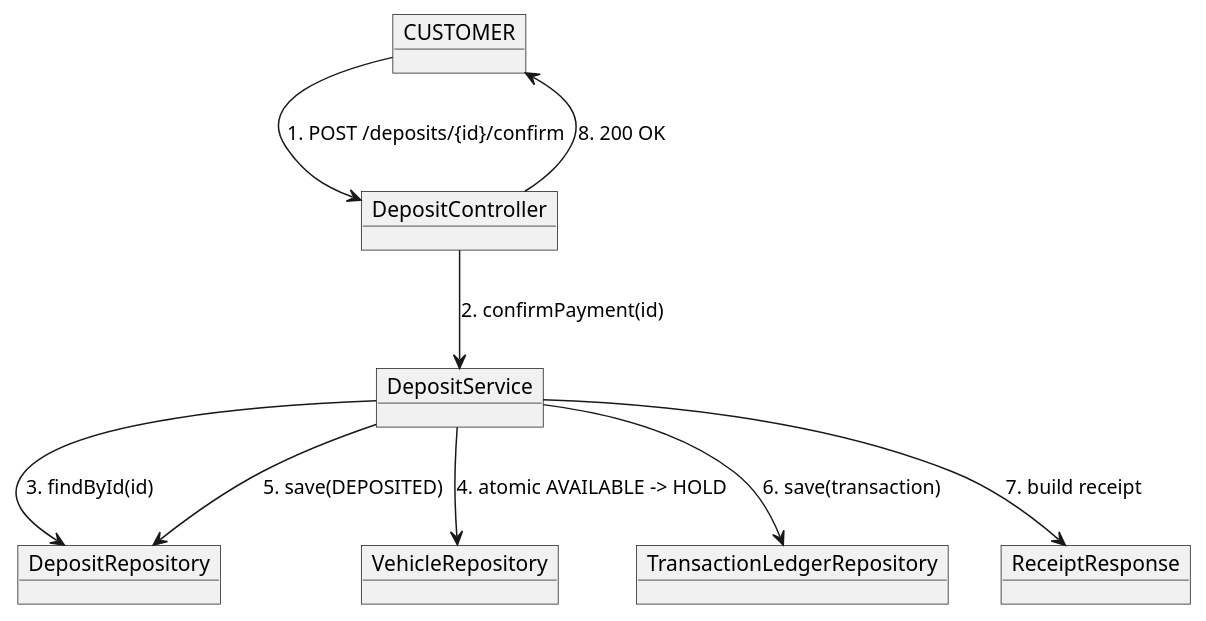
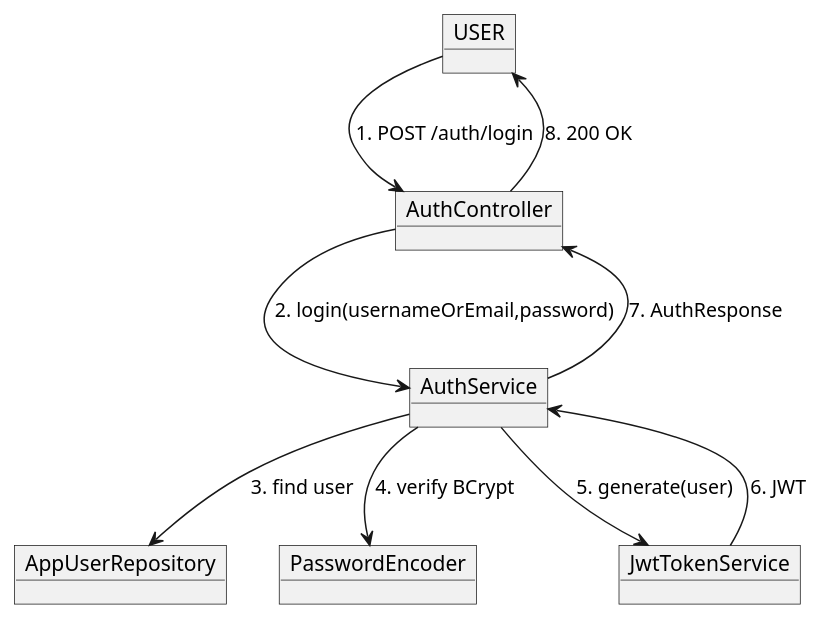
Before and after one commit to Trung-Khang/AutoTrade: the first of 6 diagrams in docs/UML/Collaboration_Diagrams.md, drawn with PlantUML. The commit also changed other lines of this file and 9 other files, not shown here.

Commit message:
docs(TV5): cập nhật tài liệu UML, CSDL, SRS và báo cáo tiến độ TV5 - Sáng 1/10/2026

````diff
--- a/docs/UML/Collaboration_Diagrams.md
+++ b/docs/UML/Collaboration_Diagrams.md
@@ -7,20 +7,19 @@
 ```plantuml
 @startuml
-object CUSTOMER
-object DepositController
-object DepositService
-object DepositRepository
-object VehicleRepository
-object TransactionLedgerRepository
-object ReceiptResponse
+object USER
+object AuthController
+object AuthService
+object AppUserRepository
+object PasswordEncoder
+object JwtTokenService
 
-CUSTOMER --> DepositController : 1. POST /deposits/{id}/confirm
-DepositController --> DepositService : 2. confirmPayment(id)
-DepositService --> DepositRepository : 3. findById(id)
-DepositService --> VehicleRepository : 4. atomic AVAILABLE -> HOLD
-DepositService --> DepositRepository : 5. save(DEPOSITED)
-DepositService --> TransactionLedgerRepository : 6. save(transaction)
-DepositService --> ReceiptResponse : 7. build receipt
-DepositController --> CUSTOMER : 8. 200 OK
+USER --> AuthController : 1. POST /auth/login
+AuthController --> AuthService : 2. login(usernameOrEmail,password)
+AuthService --> AppUserRepository : 3. find user
+AuthService --> PasswordEncoder : 4. verify BCrypt
+AuthService --> JwtTokenService : 5. generate(user)
+JwtTokenService --> AuthService : 6. JWT
+AuthService --> AuthController : 7. AuthResponse
+AuthController --> USER : 8. 200 OK
 @enduml
 ```
````
